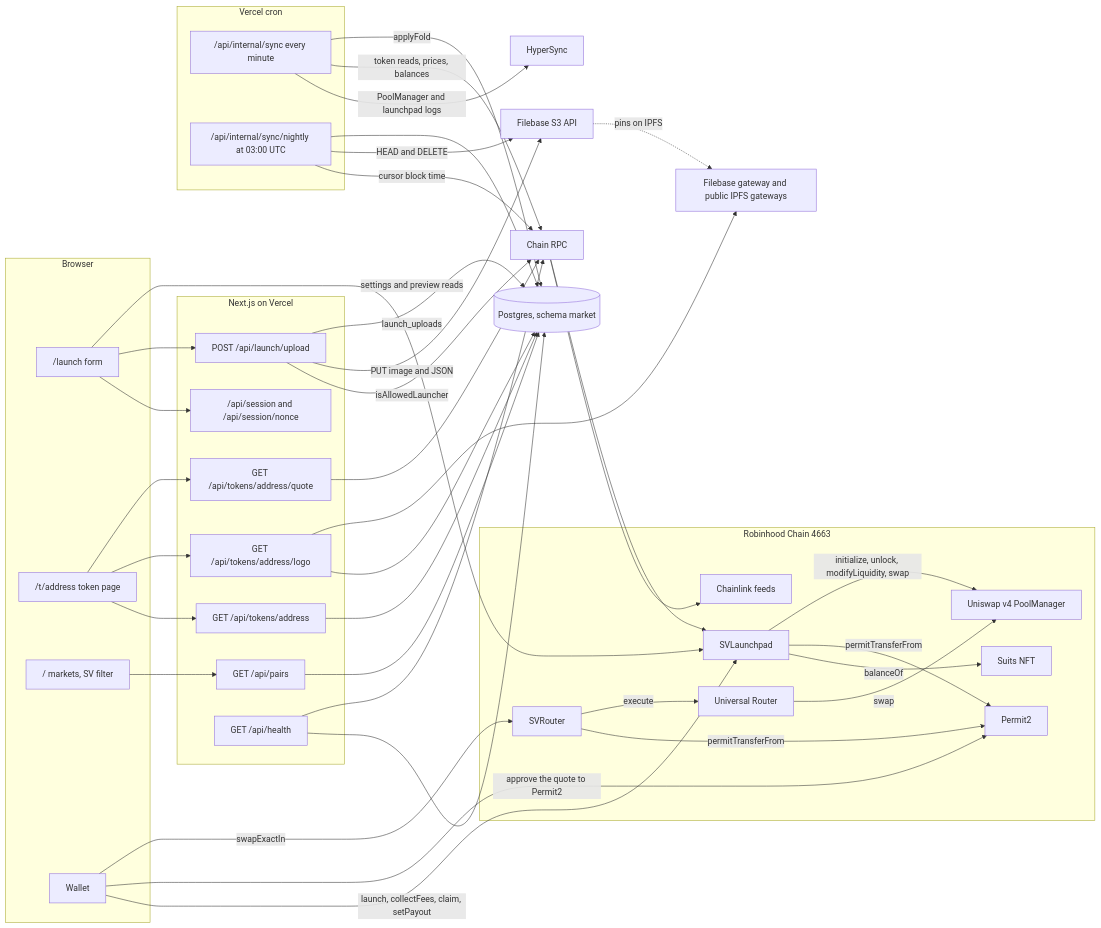
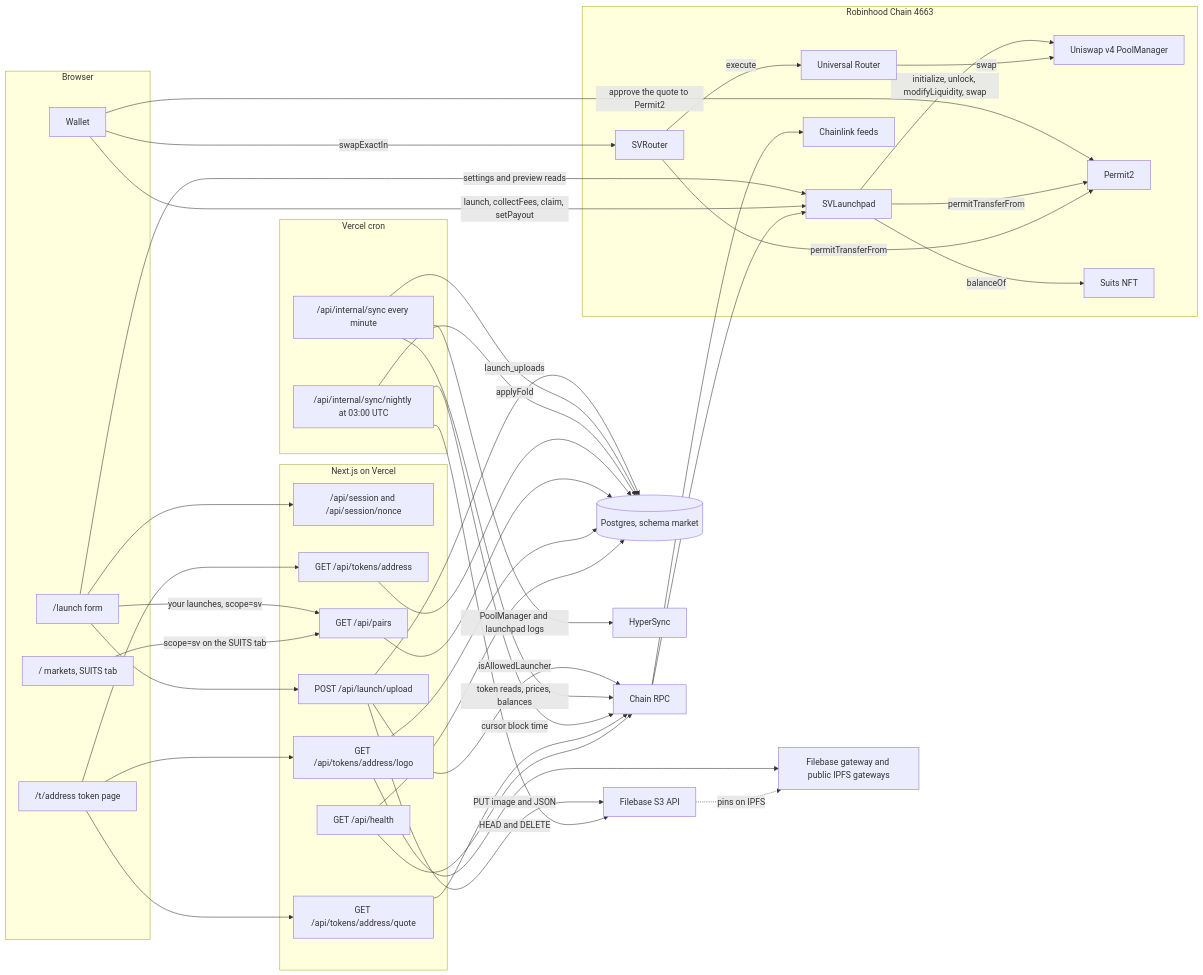
Before and after one commit to maxlong-markets/suitventures-markets-frontend: the first of 8 diagrams in README.md, drawn with Mermaid. The commit also changed other lines of this file and 30 other files, not shown here.

````diff
--- a/README.md
+++ b/README.md
@@ -162,72 +165,73 @@
 ```mermaid
 flowchart LR
   subgraph Browser
     LF["/launch form"]
     TV["/t/address token page"]
-    MK["/ markets, SV filter"]
+    MK["/ markets, SUITS tab"]
     WAL["Wallet"]
   end
   subgraph App["Next.js on Vercel"]
     SES["/api/session and /api/session/nonce"]
     UPL["POST /api/launch/upload"]
     TOK["GET /api/tokens/address"]
     LOGO["GET /api/tokens/address/logo"]
     QUO["GET /api/tokens/address/quote"]
     PAIRS["GET /api/pairs"]
     HEALTH["GET /api/health"]
   end
   subgraph Cron["Vercel cron"]
     SYNC["/api/internal/sync every minute"]
     NIGHT["/api/internal/sync/nightly at 03:00 UTC"]
   end
   PG[("Postgres, schema market")]
   FBS["Filebase S3 API"]
   GW["Filebase gateway and public IPFS gateways"]
   HS["HyperSync"]
   RPC["Chain RPC"]
   subgraph Chain["Robinhood Chain 4663"]
     LP["SVLaunchpad"]
     PM["Uniswap v4 PoolManager"]
     P2["Permit2"]
     SUITS["Suits NFT"]
     SVR["SVRouter"]
     UR["Universal Router"]
     CL["Chainlink feeds"]
   end
 
   LF --> SES
   LF --> UPL
+  LF -- "your launches, scope=sv" --> PAIRS
   LF -- "settings and preview reads" --> LP
   WAL -- "launch, collectFees, claim, setPayout" --> LP
   WAL -- "approve the quote to Permit2" --> P2
   WAL -- "swapExactIn" --> SVR
   UPL -- "isAllowedLauncher" --> RPC
   UPL -- "PUT image and JSON" --> FBS
   UPL -- "launch_uploads" --> PG
   LP -- "balanceOf" --> SUITS
   LP -- "permitTransferFrom" --> P2
   LP -- "initialize, unlock, modifyLiquidity, swap" --> PM
   SVR -- "permitTransferFrom" --> P2
   SVR -- "execute" --> UR
   UR -- "swap" --> PM
   SYNC -- "PoolManager and launchpad logs" --> HS
   SYNC -- "token reads, prices, balances" --> RPC
   RPC --> CL
   RPC --> LP
   SYNC -- "applyFold" --> PG
   NIGHT -- "cursor block time" --> RPC
   NIGHT -- "HEAD and DELETE" --> FBS
   NIGHT --> PG
   TV --> TOK
   TV --> LOGO
   TV --> QUO
-  MK --> PAIRS
+  MK -- "scope=sv on the SUITS tab" --> PAIRS
   TOK --> PG
   PAIRS --> PG
   LOGO --> PG
   LOGO --> GW
   QUO --> RPC
   HEALTH --> PG
   HEALTH --> RPC
   FBS -. "pins on IPFS" .-> GW
 ```
````
